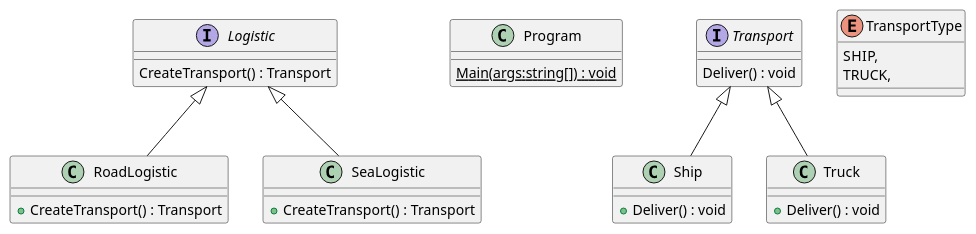
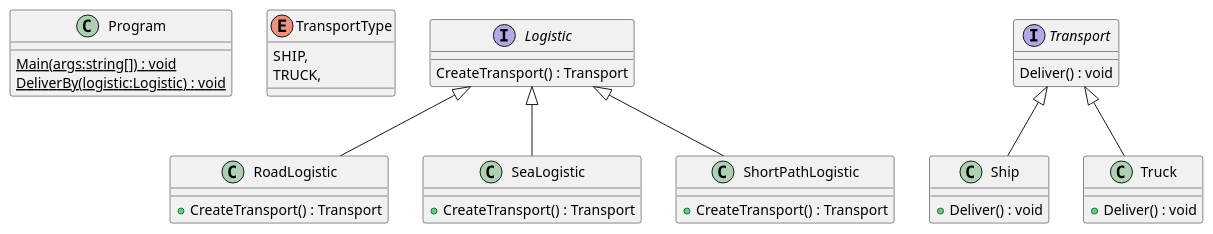
Before and after one commit to densPro/design-patterns: the diagram in Creational/Factory/assets/uml/include.puml, drawn with PlantUML. The commit also changed 14 other files, not shown here.

Commit message:
Organizated files create ShortPathLogistic

```diff
--- a/Creational/Factory/assets/uml/include.puml
+++ b/Creational/Factory/assets/uml/include.puml
@@ -1,31 +1,36 @@
 @startuml
+class Program {
+    {static} Main(args:string[]) : void
+    {static} DeliverBy(logistic:Logistic) : void
+}
+enum TransportType {
+    SHIP,
+    TRUCK,
+}
 interface Logistic {
     CreateTransport() : Transport
-}
-class Program {
-    {static} Main(args:string[]) : void
 }
 class RoadLogistic {
     + CreateTransport() : Transport
 }
 Logistic <|-- RoadLogistic
 class SeaLogistic {
     + CreateTransport() : Transport
 }
 Logistic <|-- SeaLogistic
+class ShortPathLogistic {
+    + CreateTransport() : Transport
+}
+Logistic <|-- ShortPathLogistic
 class Ship {
     + Deliver() : void
 }
 Transport <|-- Ship
 interface Transport {
     Deliver() : void
 }
-enum TransportType {
-    SHIP,
-    TRUCK,
-}
 class Truck {
     + Deliver() : void
 }
 Transport <|-- Truck
 @enduml
```
